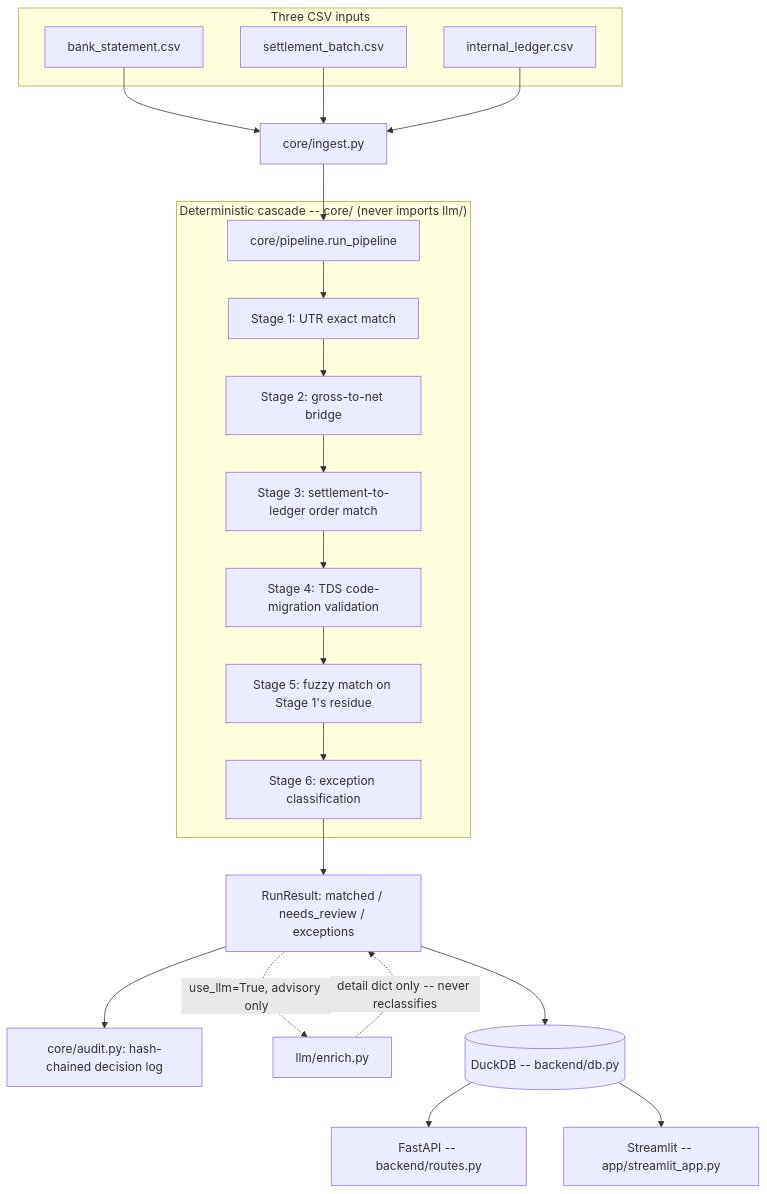
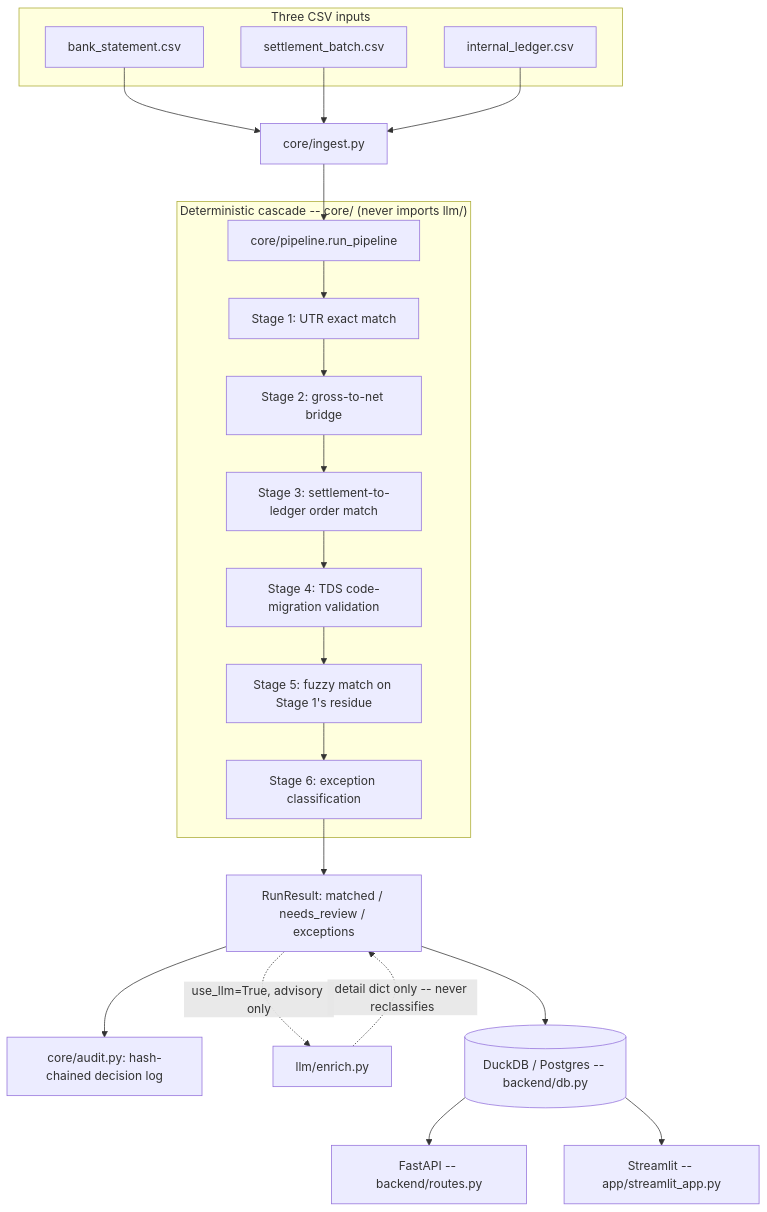
One commit to subinita01/Manifest---Razorpay-AI-builder-Hackathon changed the diagram in README.md. Above: the diagram before and after it, drawn with Mermaid. The commit also changed other lines of this file, not shown here.

````diff
--- a/README.md
+++ b/README.md
@@ -65,30 +67,30 @@
 ```mermaid
 flowchart TD
     subgraph Input["Three CSV inputs"]
         A[bank_statement.csv]
         B[settlement_batch.csv]
         C[internal_ledger.csv]
     end
 
     A --> D["core/ingest.py"]
     B --> D
     C --> D
     D --> E["core/pipeline.run_pipeline"]
 
     subgraph Cascade["Deterministic cascade -- core/ (never imports llm/)"]
         E --> S1["Stage 1: UTR exact match"]
         S1 --> S2["Stage 2: gross-to-net bridge"]
         S2 --> S3["Stage 3: settlement-to-ledger order match"]
         S3 --> S4["Stage 4: TDS code-migration validation"]
         S4 --> S5["Stage 5: fuzzy match on Stage 1's residue"]
         S5 --> S6["Stage 6: exception classification"]
     end
 
     S6 --> R["RunResult: matched / needs_review / exceptions"]
     R --> AU["core/audit.py: hash-chained decision log"]
     R -. "use_llm=True, advisory only" .-> L["llm/enrich.py"]
     L -. "detail dict only -- never reclassifies" .-> R
-    R --> DB[("DuckDB -- backend/db.py")]
+    R --> DB[("DuckDB / Postgres -- backend/db.py")]
     DB --> API["FastAPI -- backend/routes.py"]
     DB --> UI["Streamlit -- app/streamlit_app.py"]
 ```
````
